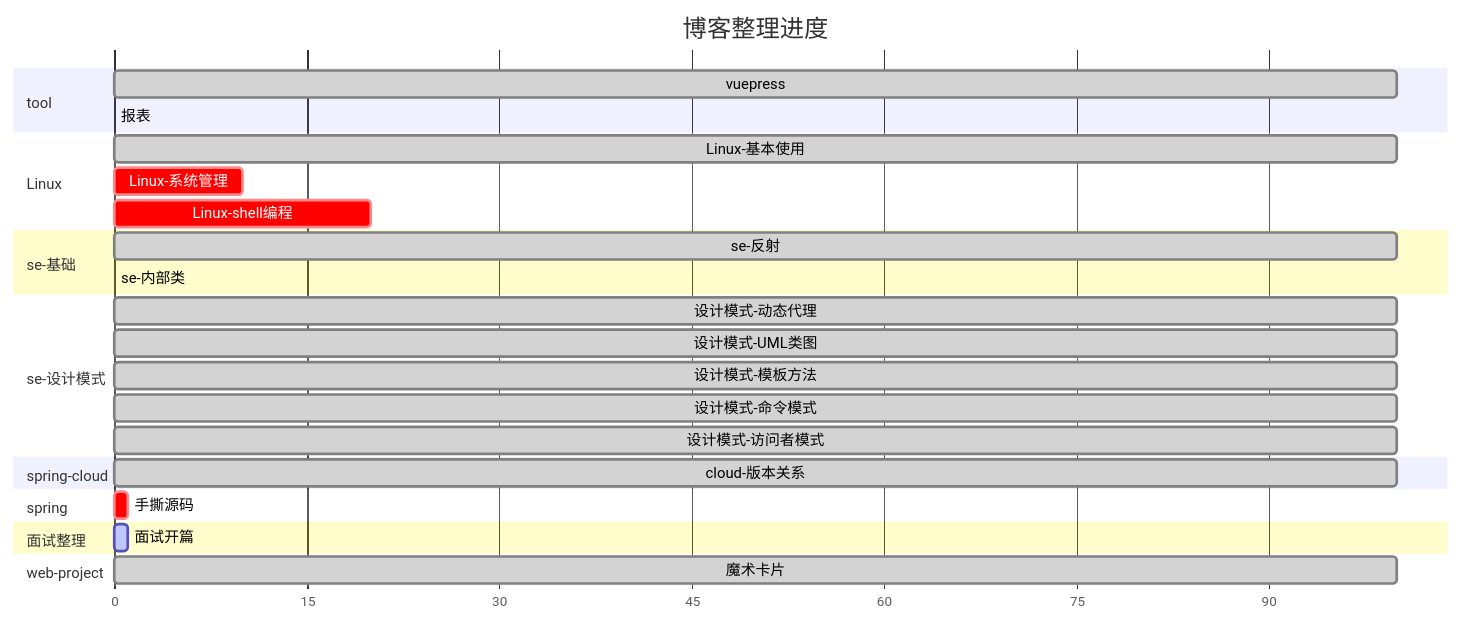
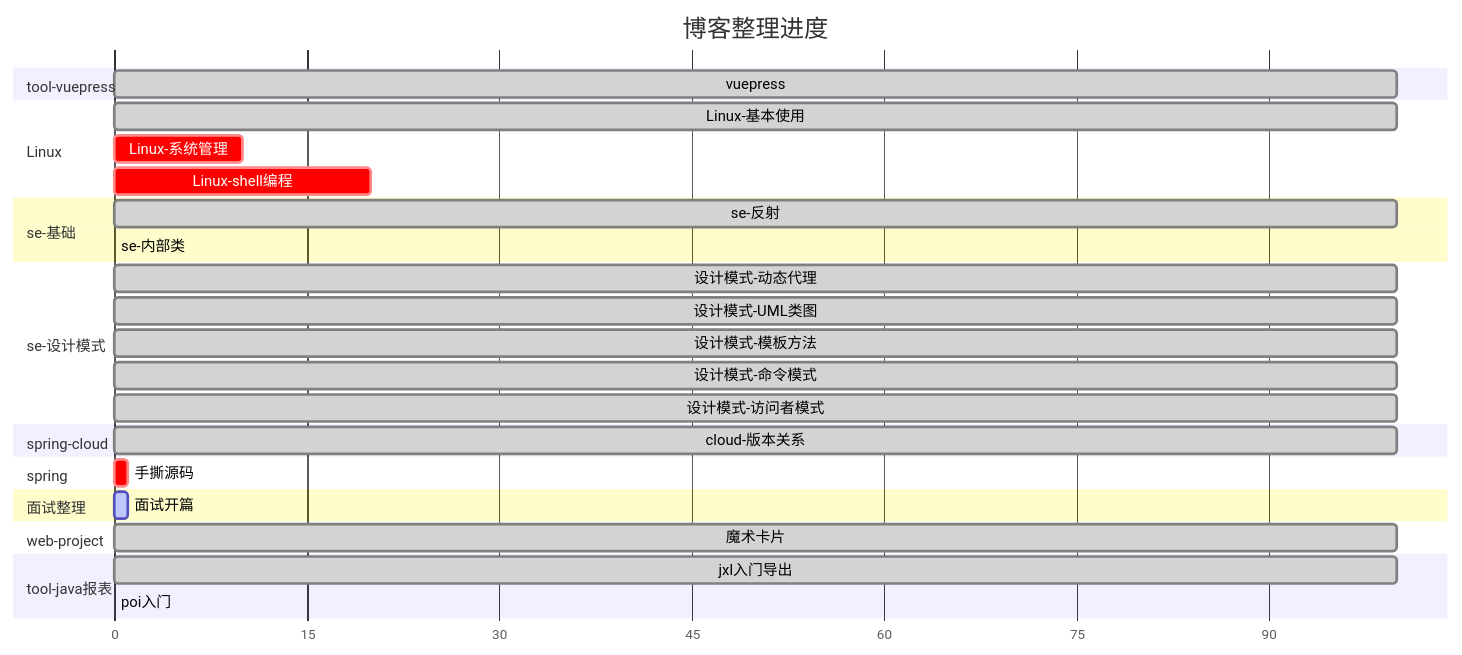
One commit to zs-mcu/docs changed the diagram in docs/README.md. Above: the diagram before and after it, drawn with Mermaid. The commit also changed 9 other files, not shown here.

````diff
--- a/docs/README.md
+++ b/docs/README.md
@@ -30,39 +30,44 @@
 ```mermaid
 gantt
   title 博客整理进度
   dateFormat X
   axisFormat %s
 
-  section tool
+  section tool-vuepress
   vuepress        : done,0,100
-  报表            :active,0,0
 
   section Linux
   Linux-基本使用    : done,0,100
   Linux-系统管理    : crit,0,10
   Linux-shell编程   : crit,0,20
 
   section se-基础
   se-反射           :  done,0, 100
   se-内部类         : active,0,0
 
   section se-设计模式
   设计模式-动态代理   : done,0, 100
   设计模式-UML类图   : done,0,100
   设计模式-模板方法   : done,0,100
   设计模式-命令模式   : done,0,100
   设计模式-访问者模式 : done,0,100
 
+  
 
   section spring-cloud
   cloud-版本关系    : done,0, 100
 
   section spring
   手撕源码          : crit,0, 1
 
   section 面试整理
   面试开篇          : active,0, 1
+
   section web-project
   魔术卡片          : done,0,100
+
+  section tool-java报表
+  jxl入门导出       :done,0,100
+  poi入门          :crit,0,0
   
 ```
````
